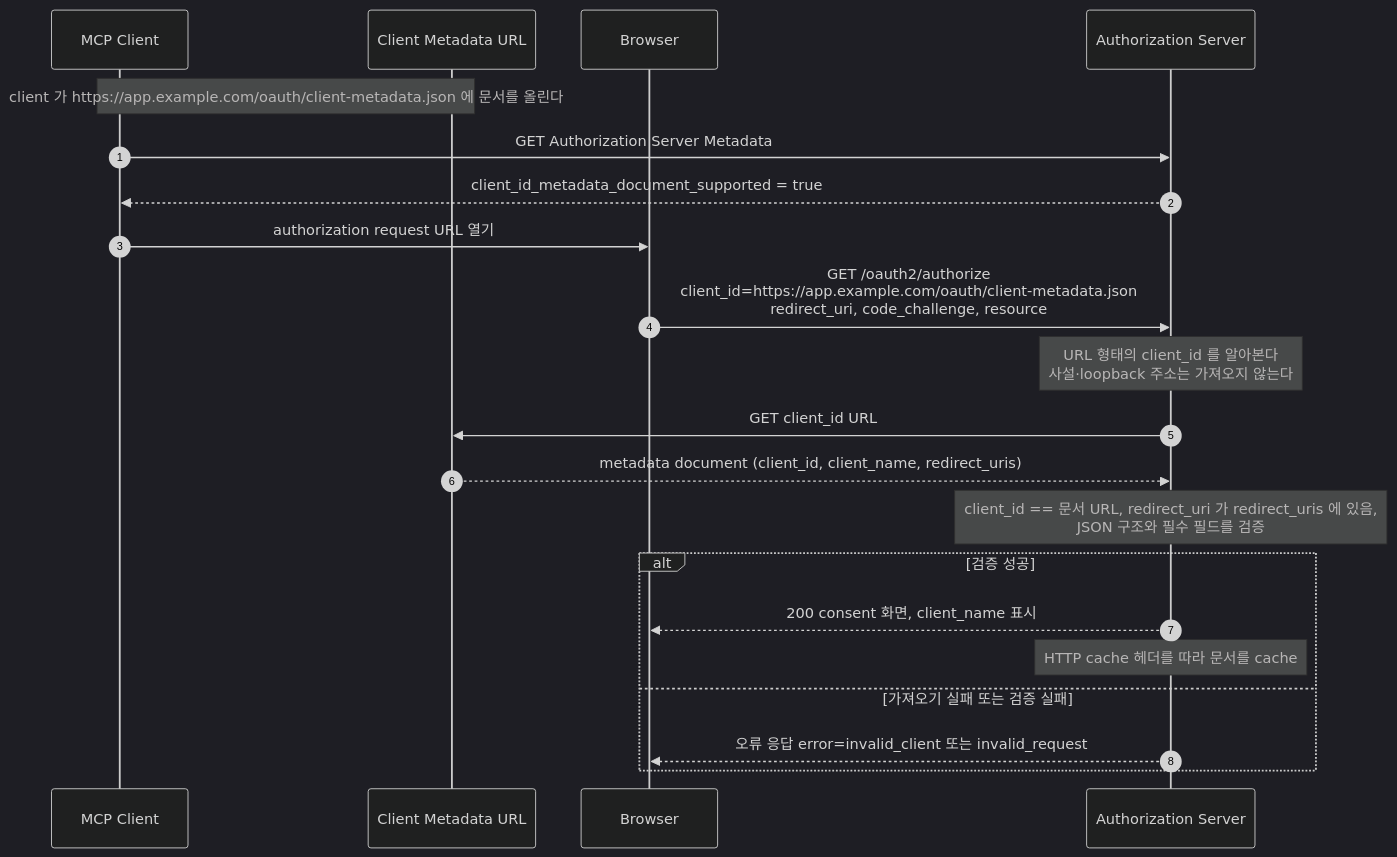
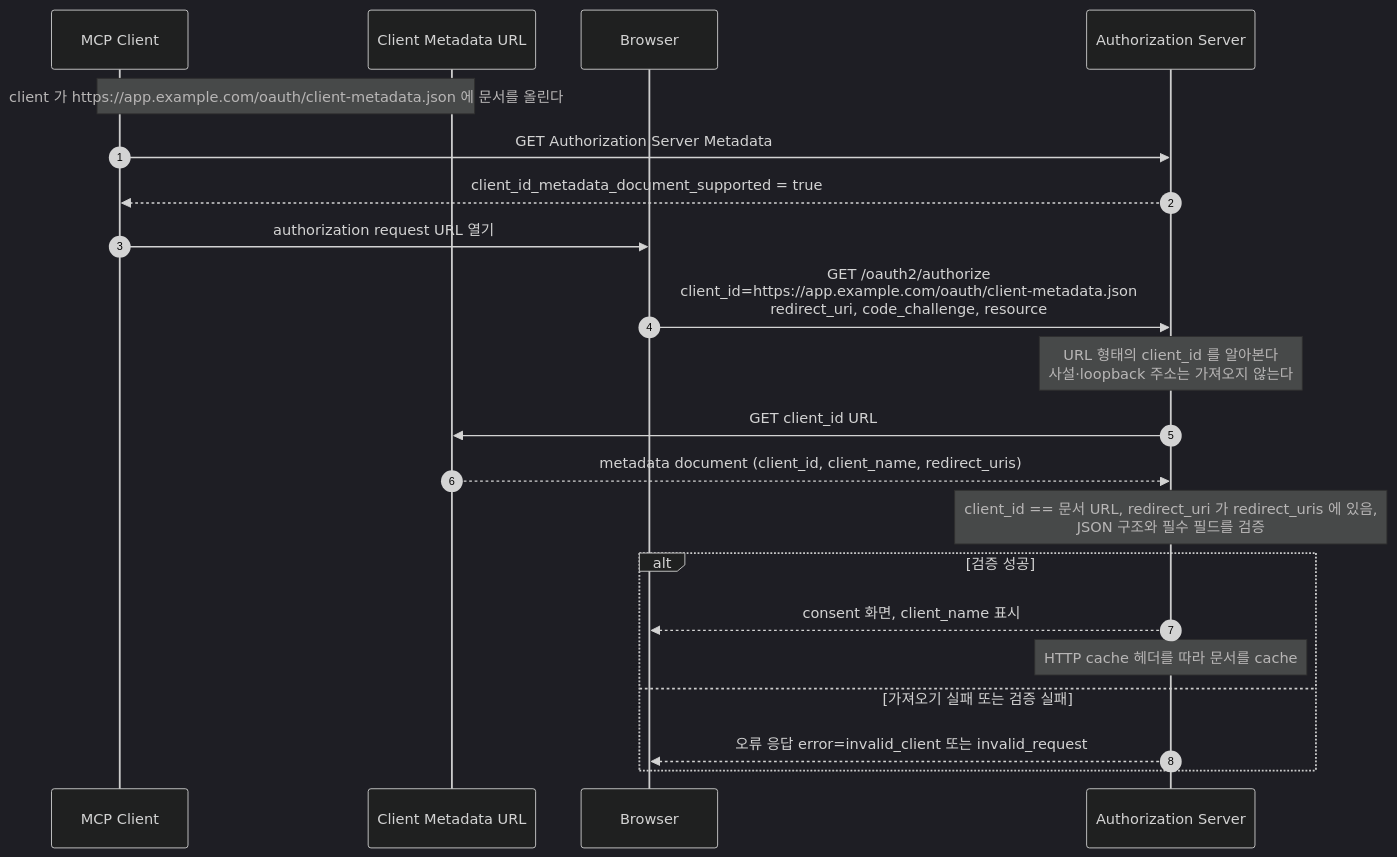
One commit to starryeye/spring-ai changed the fourth of 13 diagrams in practice/MCP-SEQUENCES.md. Above: the diagram before and after it, drawn with Mermaid (dark theme). The commit also changed other lines of this file, not shown here.

````diff
--- a/practice/MCP-SEQUENCES.md
+++ b/practice/MCP-SEQUENCES.md
@@ -147,23 +147,23 @@
 ```mermaid
 sequenceDiagram
     autonumber
     participant C as MCP Client
     participant H as Client Metadata URL
     participant B as Browser
     participant A as Authorization Server
     Note over C,H: client 가 https://app.example.com/oauth/client-metadata.json 에 문서를 올린다
     C->>A: GET Authorization Server Metadata
     A-->>C: client_id_metadata_document_supported = true
     C->>B: authorization request URL 열기
     B->>A: GET /oauth2/authorize<br/>client_id=https://app.example.com/oauth/client-metadata.json<br/>redirect_uri, code_challenge, resource
     Note over A: URL 형태의 client_id 를 알아본다<br/>사설·loopback 주소는 가져오지 않는다
     A->>H: GET client_id URL
     H-->>A: metadata document (client_id, client_name, redirect_uris)
     Note over A: client_id == 문서 URL, redirect_uri 가 redirect_uris 에 있음,<br/>JSON 구조와 필수 필드를 검증
     alt 검증 성공
-        A-->>B: 200 consent 화면, client_name 표시
+        A-->>B: consent 화면, client_name 표시
         Note over A: HTTP cache 헤더를 따라 문서를 cache
     else 가져오기 실패 또는 검증 실패
         A-->>B: 오류 응답 error=invalid_client 또는 invalid_request
     end
 ```
````
